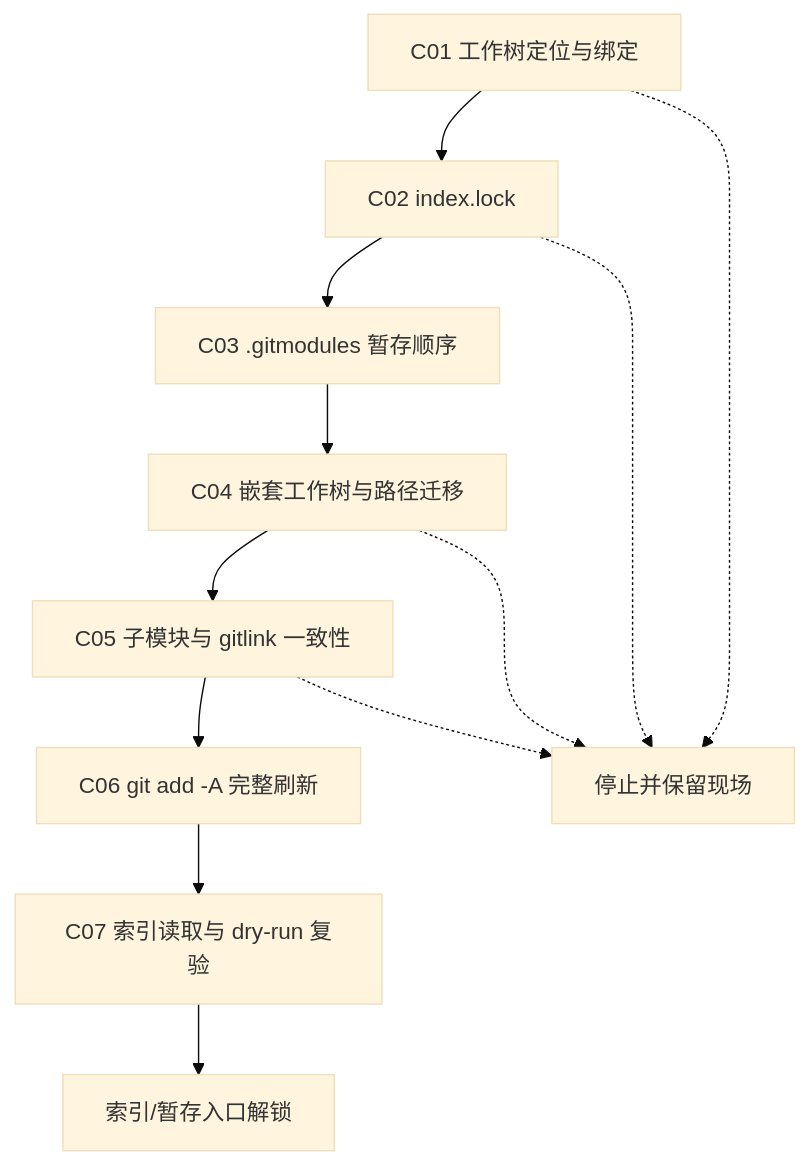
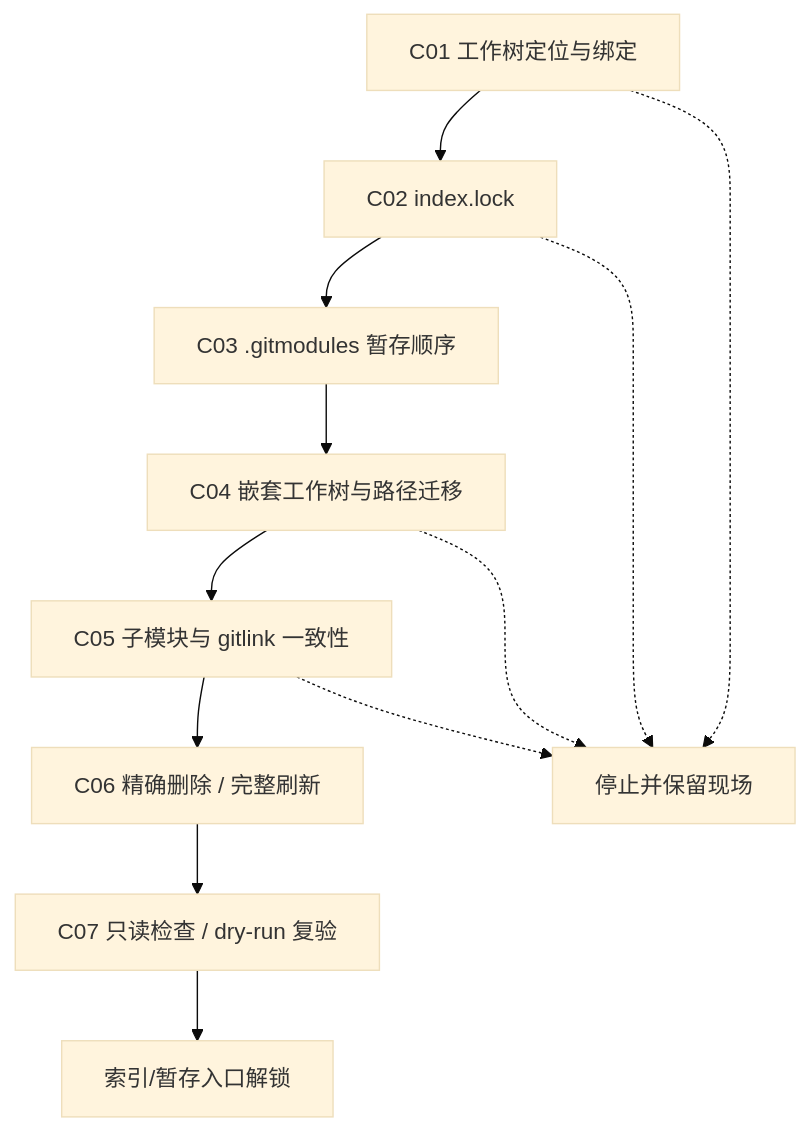
One commit to JobsKits/SourceTree.sh changed the diagram in MacOS/【MacOS@SourceTree】📥修复Git无法Commit.command/README.md. Above: the diagram before and after it, drawn with Mermaid (base theme). The commit also changed other lines of this file and 92 other files, not shown here.

````diff
--- a/MacOS/【MacOS@SourceTree】📥修复Git无法Commit.command/README.md
+++ b/MacOS/【MacOS@SourceTree】📥修复Git无法Commit.command/README.md
@@ -171,14 +196,14 @@
 ```mermaid
 flowchart TD
   A["C01 工作树定位与绑定"] --> B["C02 index.lock"]
   B --> C["C03 .gitmodules 暂存顺序"]
   C --> D["C04 嵌套工作树与路径迁移"]
   D --> E["C05 子模块与 gitlink 一致性"]
-  E --> F["C06 git add -A 完整刷新"]
-  F --> G["C07 索引读取与 dry-run 复验"]
+  E --> F["C06 精确删除 / 完整刷新"]
+  F --> G["C07 只读检查 / dry-run 复验"]
   G --> H["索引/暂存入口解锁"]
   A -.-> X["停止并保留现场"]
   B -.-> X
   D -.-> X
   E -.-> X
 ```
````
